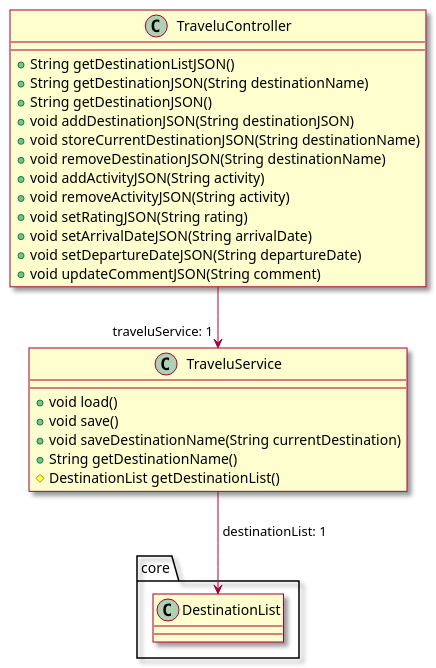
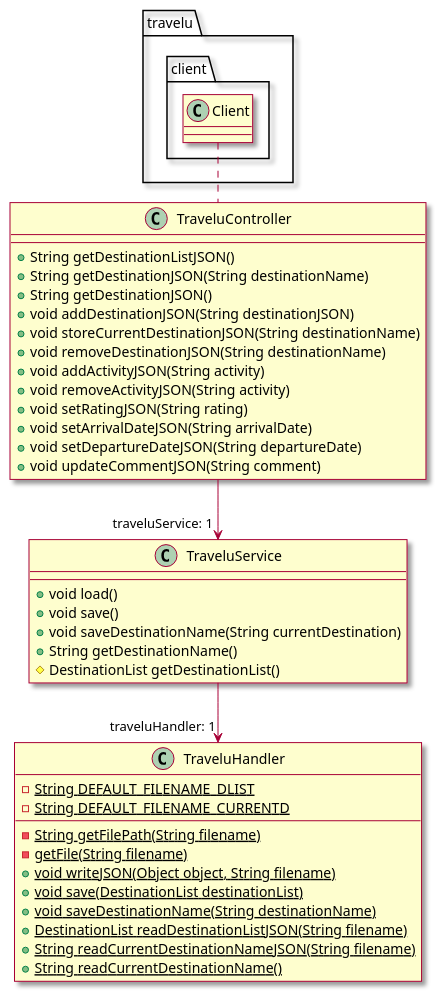
Before and after one commit to tbwiik/Travelu: the diagram in docs/classDiagramRest.puml, drawn with PlantUML. The commit also changed 4 other files, not shown here.

```diff
--- a/docs/classDiagramRest.puml
+++ b/docs/classDiagramRest.puml
@@ -1,33 +1,48 @@
 @startuml cdRest
 skin rose
+
+package travelu.client{
+    class Client
+}
 
 class TraveluController {
     + String getDestinationListJSON()
     + String getDestinationJSON(String destinationName)
     + String getDestinationJSON()
     + void addDestinationJSON(String destinationJSON)
     + void storeCurrentDestinationJSON(String destinationName)
     + void removeDestinationJSON(String destinationName)
     + void addActivityJSON(String activity)
     + void removeActivityJSON(String activity)
     + void setRatingJSON(String rating)
     + void setArrivalDateJSON(String arrivalDate)
     + void setDepartureDateJSON(String departureDate)
     + void updateCommentJSON(String comment)
 }
 
 class TraveluService {
     + void load()
     + void save()
     + void saveDestinationName(String currentDestination)
     + String getDestinationName()
-    # DestinationList getDestinationList()    
+    # DestinationList getDestinationList()
 }
 
-package core {
-    class DestinationList
+class TraveluHandler {
+    - {static} String DEFAULT_FILENAME_DLIST
+    - {static} String DEFAULT_FILENAME_CURRENTD
+
+    - {static} String getFilePath(String filename)
+    - {static} getFile(String filename)
+    + {static} void writeJSON(Object object, String filename)
+    + {static} void save(DestinationList destinationList)
+    + {static} void saveDestinationName(String destinationName)
+    + {static} DestinationList readDestinationListJSON(String filename)
+    + {static} String readCurrentDestinationNameJSON(String filename)
+    + {static} String readCurrentDestinationName()
 }
 
+Client .. TraveluController
 TraveluController --> "traveluService: 1" TraveluService
-TraveluService --> DestinationList : " destinationList: 1"
+TraveluService --> "traveluHandler: 1" TraveluHandler
 @enduml
```
